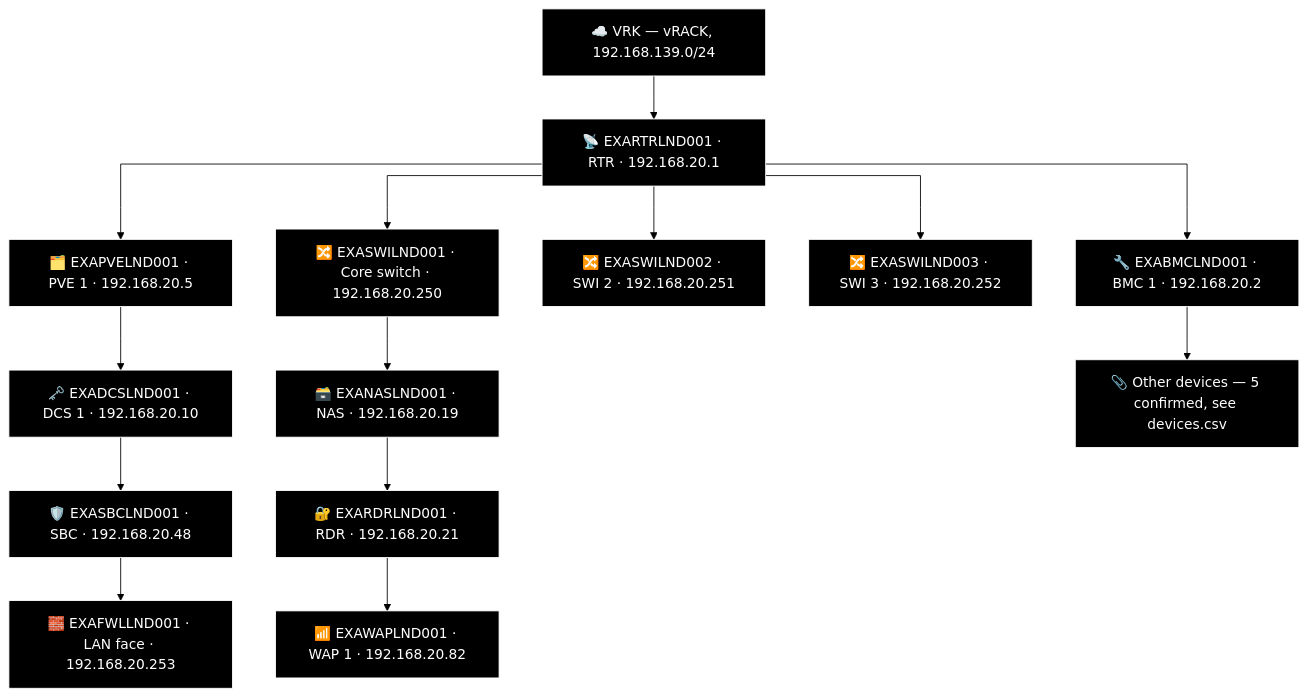
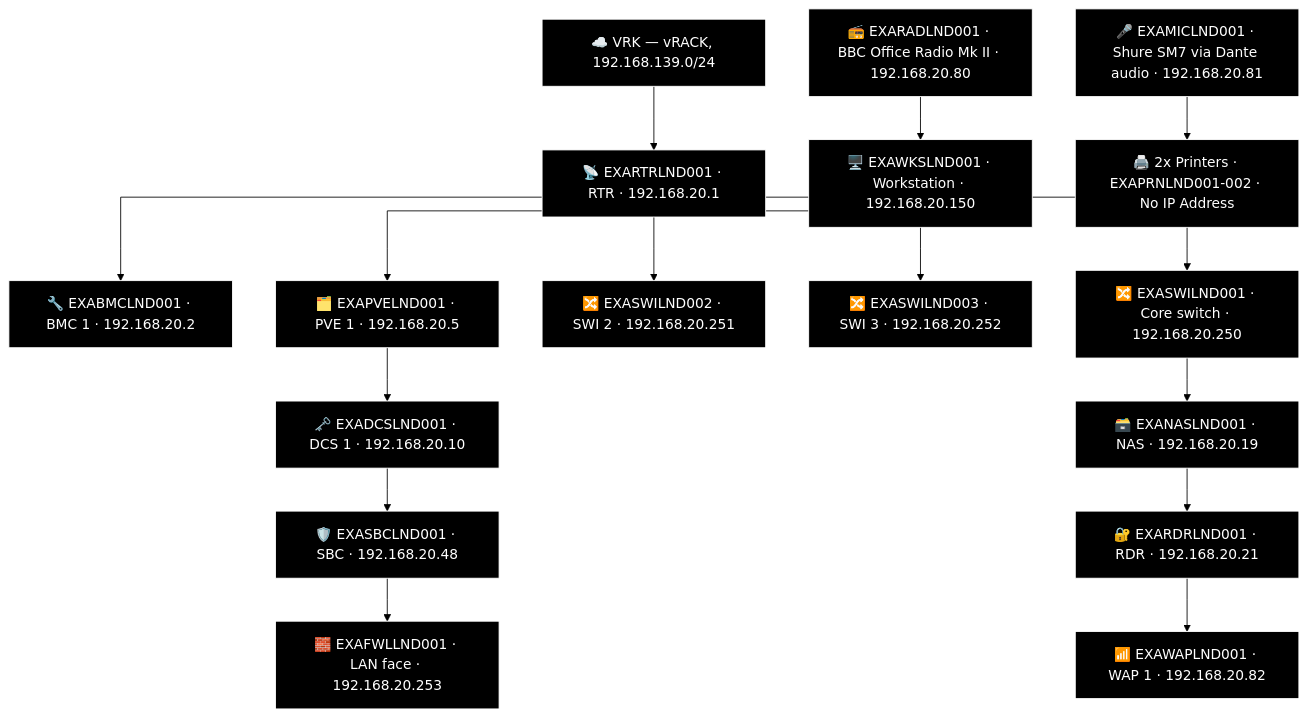
Before and after one commit to knightmare2600/example_music_infra: the second of 18 diagrams in docs/network-diagram/england.md, drawn with Mermaid (forest theme). The commit also changed other lines of this file and 8 other files, not shown here.

First line of the commit message:
generate_network_diagrams.py: port FAL's two-column "Other" bucket into the generator

````diff
--- a/docs/network-diagram/england.md
+++ b/docs/network-diagram/england.md
@@ -51,43 +51,50 @@
 ```mermaid
 %% GENERATED:TOPOLOGY:LND:START
 %%{init: {'flowchart': {'curve': 'stepAfter'}}}%%
 graph TD
     T_VRK["☁️ VRK — vRACK, 192.168.139.0/24"]
     T_RTR["📡 EXARTRLND001 · RTR · 192.168.20.1"]
     T_VRK --> T_RTR
     T_BMC["🔧 EXABMCLND001 · BMC 1 · 192.168.20.2"]
     T_RTR --> T_BMC
     T_PVE["🗂️ EXAPVELND001 · PVE 1 · 192.168.20.5"]
     T_RTR --> T_PVE
     T_SWI["🔀 EXASWILND002 · SWI 2 · 192.168.20.251"]
     T_RTR --> T_SWI
     T_SWI2["🔀 EXASWILND003 · SWI 3 · 192.168.20.252"]
     T_RTR --> T_SWI2
     T_SWI3["🔀 EXASWILND001 · Core switch · 192.168.20.250"]
     T_RTR --> T_SWI3
     T_NAS["🗃️ EXANASLND001 · NAS · 192.168.20.19"]
     T_RDR["🔐 EXARDRLND001 · RDR · 192.168.20.21"]
     T_WAP["📶 EXAWAPLND001 · WAP 1 · 192.168.20.82"]
     T_SWI3 --> T_NAS --> T_RDR --> T_WAP
     T_DCS["🗝️ EXADCSLND001 · DCS 1 · 192.168.20.10"]
     T_SBC["🛡️ EXASBCLND001 · SBC · 192.168.20.48"]
     T_FWL["🧱 EXAFWLLND001 · LAN face · 192.168.20.253"]
     T_PVE --> T_DCS --> T_SBC --> T_FWL
-    T_OTHER["📎 Other devices — 5 confirmed, see devices.csv"]
-    T_BMC --> T_OTHER
+    T_RAD["📻 EXARADLND001 · BBC Office Radio Mk II · 192.168.20.80"]
+    T_MIC["🎤 EXAMICLND001 · Shure SM7 via Dante audio · 192.168.20.81"]
+    T_WKS["🖥️ EXAWKSLND001 · Workstation · 192.168.20.150"]
+    T_OTH_PRN["🖨️ 2x Printers · EXAPRNLND001-002 · No IP Address"]
+    T_RAD --> T_WKS
+    T_MIC --> T_OTH_PRN
     style T_VRK fill:#000000,stroke:#FFFFFF,color:#FFFFFF
     style T_RTR fill:#000000,stroke:#FFFFFF,color:#FFFFFF
     style T_BMC fill:#000000,stroke:#FFFFFF,color:#FFFFFF
     style T_PVE fill:#000000,stroke:#FFFFFF,color:#FFFFFF
     style T_SWI fill:#000000,stroke:#FFFFFF,color:#FFFFFF
     style T_SWI2 fill:#000000,stroke:#FFFFFF,color:#FFFFFF
     style T_SWI3 fill:#000000,stroke:#FFFFFF,color:#FFFFFF
     style T_NAS fill:#000000,stroke:#FFFFFF,color:#FFFFFF
     style T_RDR fill:#000000,stroke:#FFFFFF,color:#FFFFFF
     style T_WAP fill:#000000,stroke:#FFFFFF,color:#FFFFFF
     style T_DCS fill:#000000,stroke:#FFFFFF,color:#FFFFFF
     style T_SBC fill:#000000,stroke:#FFFFFF,color:#FFFFFF
     style T_FWL fill:#000000,stroke:#FFFFFF,color:#FFFFFF
-    style T_OTHER fill:#000000,stroke:#FFFFFF,color:#FFFFFF
+    style T_RAD fill:#000000,stroke:#FFFFFF,color:#FFFFFF
+    style T_MIC fill:#000000,stroke:#FFFFFF,color:#FFFFFF
+    style T_WKS fill:#000000,stroke:#FFFFFF,color:#FFFFFF
+    style T_OTH_PRN fill:#000000,stroke:#FFFFFF,color:#FFFFFF
 %% GENERATED:TOPOLOGY:LND:END
 ```
````
